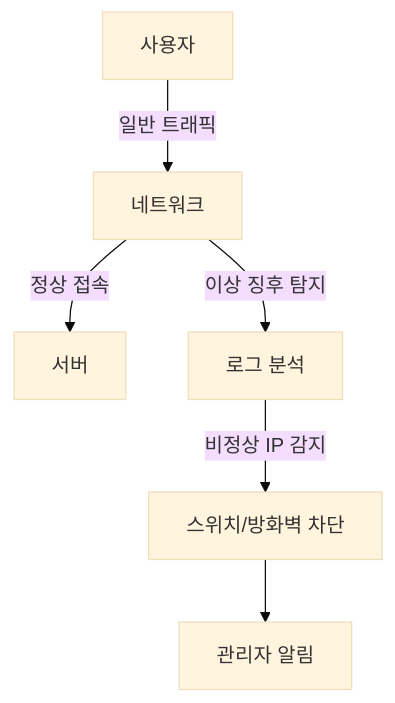
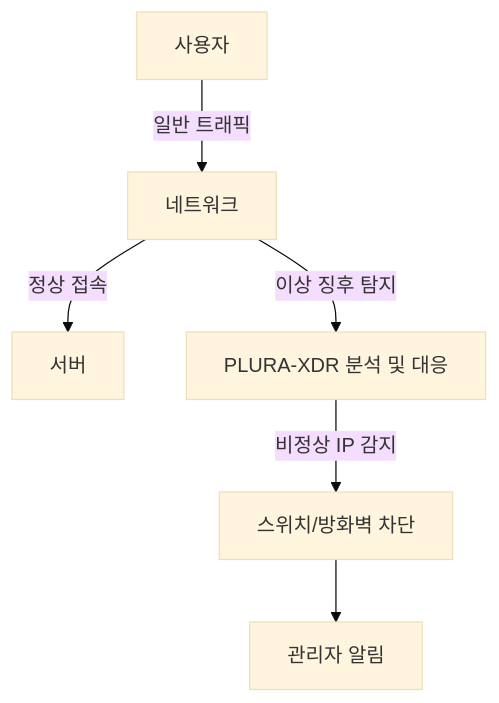
Before and after one commit to qubitsec/blog: the diagram in content/ko/tech/nac_evluation.md, drawn with Mermaid (base theme). The commit also changed other lines of this file, not shown here.

````diff
--- a/content/ko/tech/nac_evluation.md
+++ b/content/ko/tech/nac_evluation.md
@@ -101,8 +99,8 @@
 ```mermaid
 flowchart TD
   User[사용자] -->|일반 트래픽| Network[네트워크]
   Network -->|정상 접속| DB[서버]
-  Network -->|이상 징후 탐지| LogSystem[로그 분석]
-  LogSystem -->|비정상 IP 감지| BlockIP[스위치/방화벽 차단]
+  Network -->|이상 징후 탐지| PLURA-XDR[PLURA-XDR 분석 및 대응]
+  PLURA-XDR -->|비정상 IP 감지| BlockIP[스위치/방화벽 차단]
   BlockIP --> Alert[관리자 알림]
 ```
````
